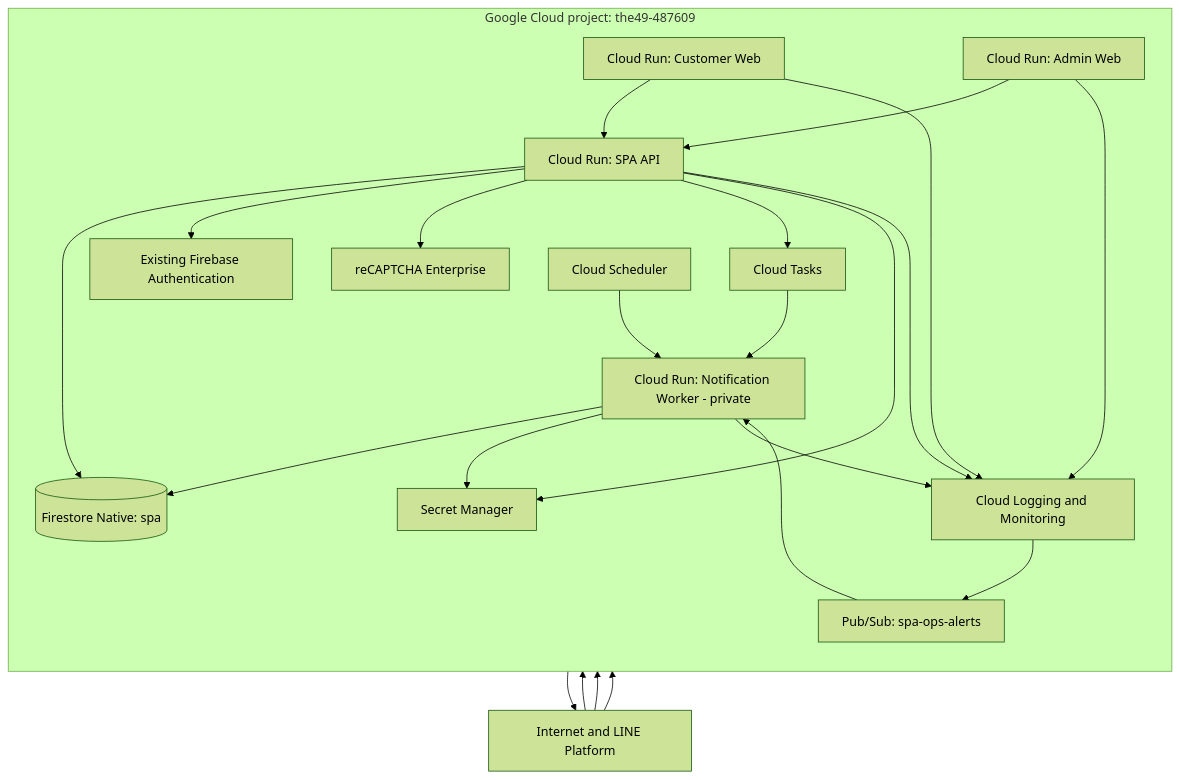
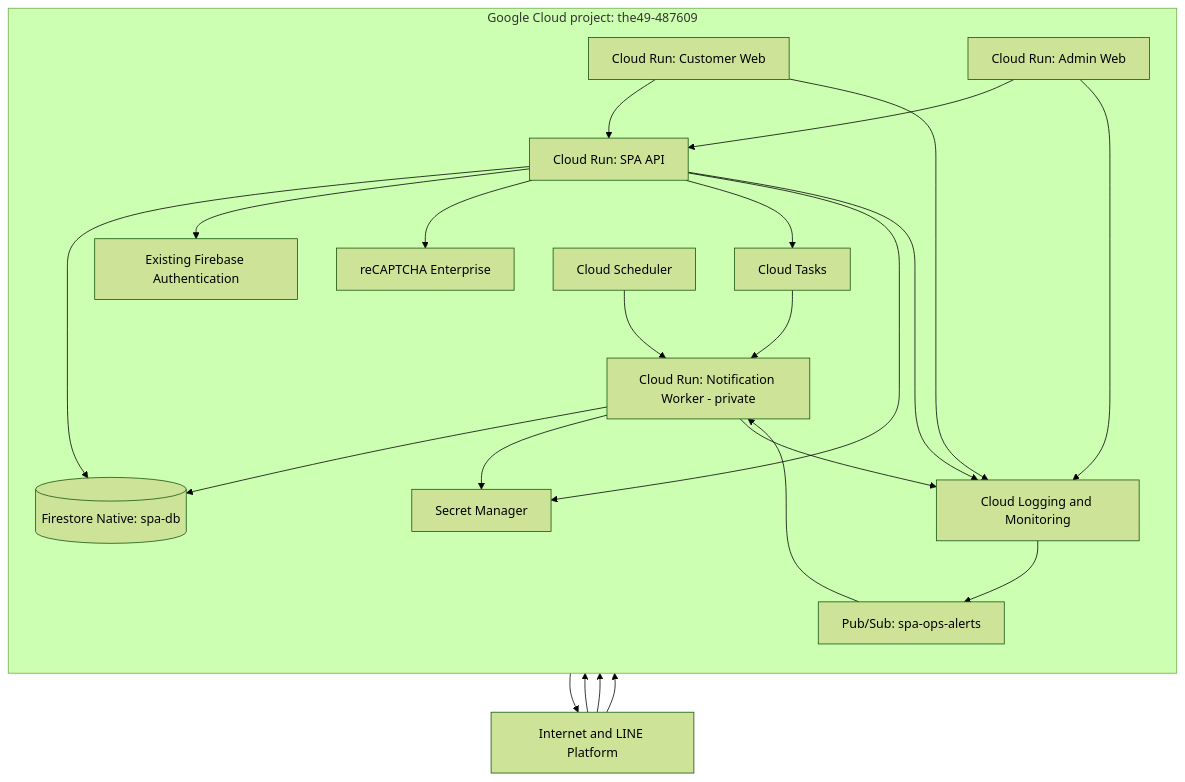
One commit to chonlathan-cloud/Project_microprojectP49_frontend changed the second of 4 diagrams in SPA/Document/HLD.md. Above: the diagram before and after it, drawn with Mermaid (forest theme). The commit also changed other lines of this file and 73 other files, not shown here.

````diff
--- a/SPA/Document/HLD.md
+++ b/SPA/Document/HLD.md
@@ -226,43 +226,43 @@
 ```mermaid
 flowchart TB
     Internet[Internet and LINE Platform]
 
     subgraph Project[Google Cloud project: the49-487609]
         direction TB
         CustomerRun[Cloud Run: Customer Web]
         AdminRun[Cloud Run: Admin Web]
         ApiRun[Cloud Run: SPA API]
         WorkerRun[Cloud Run: Notification Worker - private]
         Tasks[Cloud Tasks]
         Scheduler[Cloud Scheduler]
-        Firestore[(Firestore Native: spa)]
+        Firestore[(Firestore Native: spa-db)]
         Auth[Existing Firebase Authentication]
         Secrets[Secret Manager]
         Logs[Cloud Logging and Monitoring]
         OpsAlerts[Pub/Sub: spa-ops-alerts]
         Captcha[reCAPTCHA Enterprise]
 
         CustomerRun --> ApiRun
         AdminRun --> ApiRun
         ApiRun --> Firestore
         ApiRun --> Auth
         ApiRun --> Captcha
         ApiRun --> Tasks
         Tasks --> WorkerRun
         Scheduler --> WorkerRun
         WorkerRun --> Firestore
         ApiRun --> Secrets
         WorkerRun --> Secrets
         CustomerRun --> Logs
         AdminRun --> Logs
         ApiRun --> Logs
         WorkerRun --> Logs
         Logs --> OpsAlerts
         OpsAlerts --> WorkerRun
     end
 
     Internet --> CustomerRun
     Internet --> AdminRun
     Internet --> ApiRun
     WorkerRun --> Internet
 ```
````
